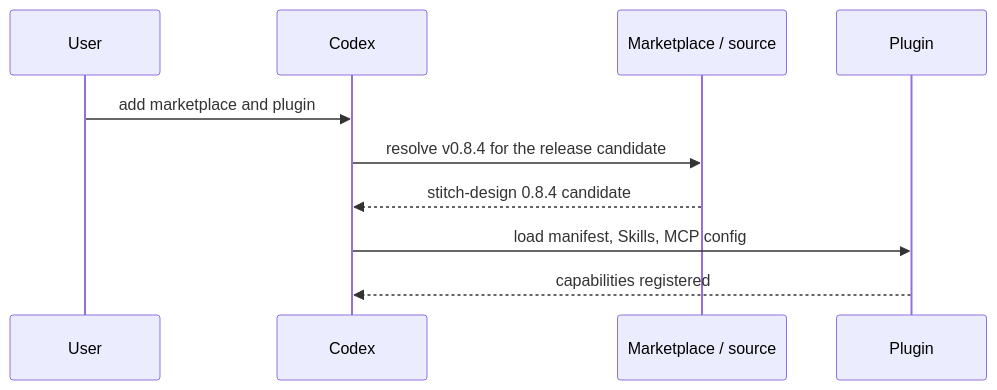
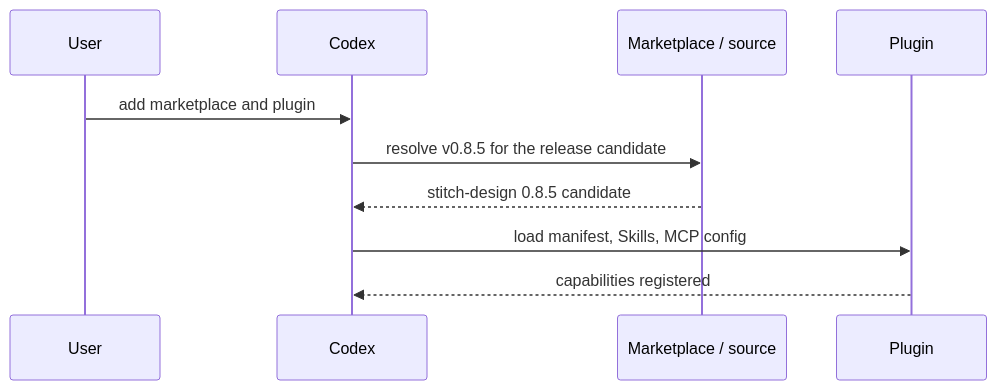
The seventh of 11 diagrams in docs/Stitch-Design-Architecture.md (full-stack-plugins/stitch-design-plugin), drawn with Mermaid before and after one commit. The commit also changed other lines of this file and 13 other files, not shown here.

````diff
--- a/docs/Stitch-Design-Architecture.md
+++ b/docs/Stitch-Design-Architecture.md
@@ -175,12 +175,12 @@
 ```mermaid
 sequenceDiagram
     participant U as User
     participant C as Codex
     participant M as Marketplace / source
     participant P as Plugin
     U->>C: add marketplace and plugin
-    C->>M: resolve v0.8.4 for the release candidate
-    M-->>C: stitch-design 0.8.4 candidate
+    C->>M: resolve v0.8.5 for the release candidate
+    M-->>C: stitch-design 0.8.5 candidate
     C->>P: load manifest, Skills, MCP config
     P-->>C: capabilities registered
 ```
````
